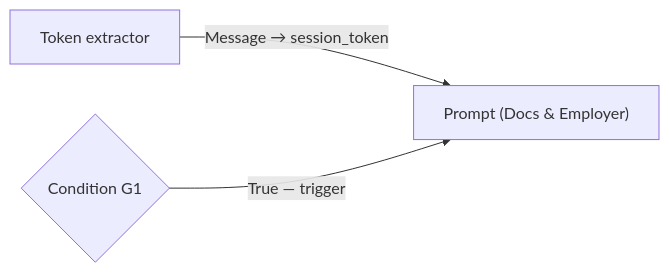
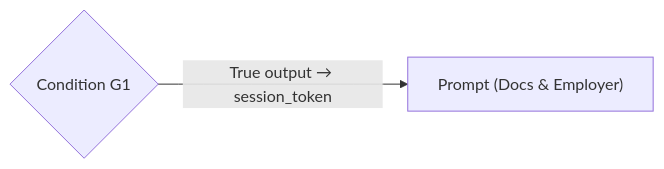
One commit to vmleon/oracle-database-private-agent-factory-poc changed the eighth of 18 diagrams in paf/flows/CHAT_WORKFLOW.md. Above: the diagram before and after it, drawn with Mermaid. The commit also changed other lines of this file and 1 other file, not shown here.

Commit message:
docs: fix G1 token-through-gate wiring, log PAF condition coupling issue

````diff
--- a/paf/flows/CHAT_WORKFLOW.md
+++ b/paf/flows/CHAT_WORKFLOW.md
@@ -233,5 +241,4 @@
 ```mermaid
 flowchart LR
-    RT["Token extractor"] -->|Message → session_token| P["Prompt (Docs & Employer)"]
-    G1{"Condition G1"} -->|True — trigger| P
+    G1{"Condition G1"} -->|True output → session_token| P["Prompt (Docs & Employer)"]
 ```
````
